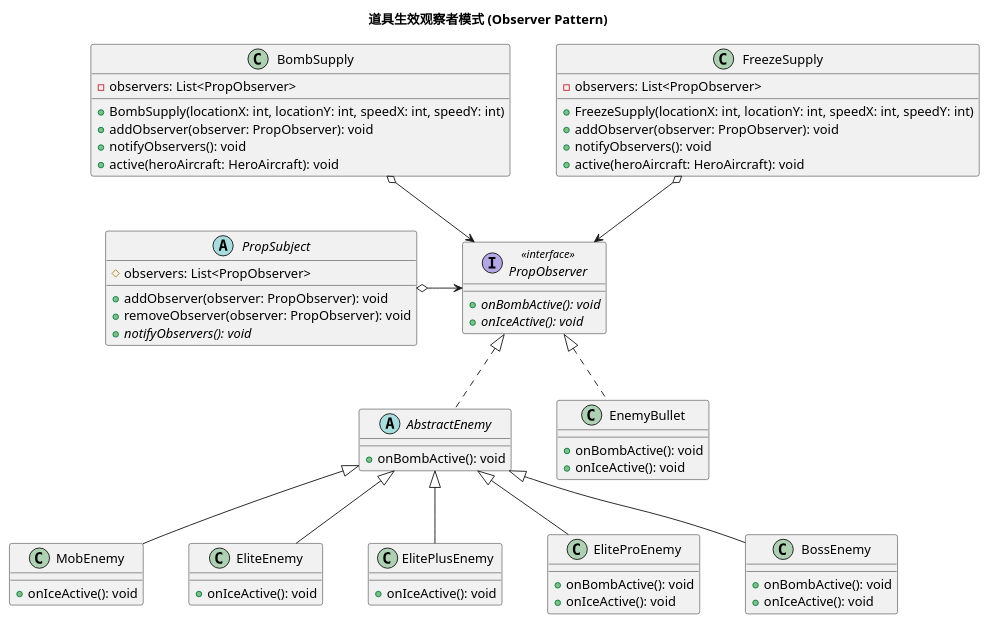
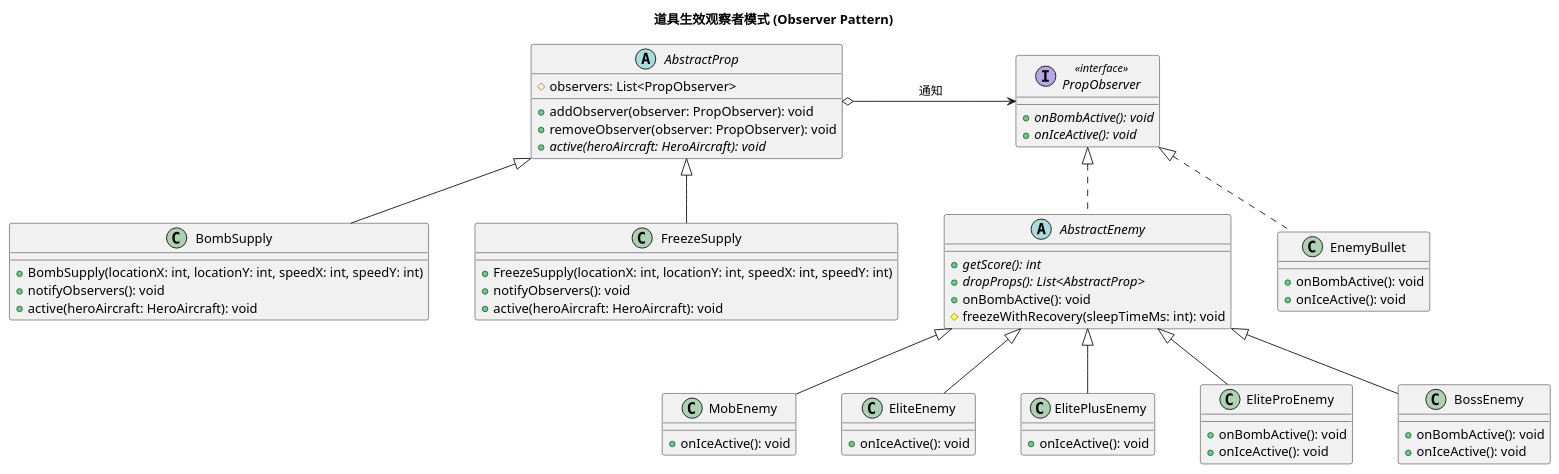
One commit to Leslie-1341/AircraftWar-base1.0 changed the diagram in uml/Observer Pattern.puml. Above: the diagram before and after it, drawn with PlantUML. The commit also changed 4 other files, not shown here.

Commit message:
根据修改后的代码更新了uml类图

```diff
--- a/uml/Observer Pattern.puml
+++ b/uml/Observer Pattern.puml
@@ -1,90 +1,92 @@
 @startuml
 title 道具生效观察者模式 (Observer Pattern)
 
 skinparam nodesep 50
 skinparam ranksep 60
 
 ' ================
 ' 1. 抽象观察者接口
 ' ================
 interface PropObserver <<interface>> {
     + {abstract} onBombActive(): void
     + {abstract} onIceActive(): void
 }
 
 ' =============
 ' 2. 观察者实现层
 ' =============
 abstract class AbstractEnemy {
-    ' 父类实现统一的炸弹响应逻辑
+    + {abstract} getScore(): int
+    + {abstract} dropProps(): List<AbstractProp>
     + onBombActive(): void
+    # freezeWithRecovery(sleepTimeMs: int): void
 }
 AbstractEnemy .up.|> PropObserver
 
 class MobEnemy {
     + onIceActive(): void
 }
 class EliteEnemy {
     + onIceActive(): void
 }
 class ElitePlusEnemy {
     + onIceActive(): void
 }
 class EliteProEnemy {
     + onBombActive(): void
     + onIceActive(): void
 }
 class BossEnemy {
     + onBombActive(): void
     + onIceActive(): void
 }
 class EnemyBullet {
     + onBombActive(): void
     + onIceActive(): void
 }
 
 MobEnemy -up-|> AbstractEnemy
 EliteEnemy -up-|> AbstractEnemy
 ElitePlusEnemy -up-|> AbstractEnemy
 EliteProEnemy -up-|> AbstractEnemy
 BossEnemy -up-|> AbstractEnemy
 
 ' 子弹不继承飞机，直接实现接口
 EnemyBullet .up.|> PropObserver
 
 ' =============
 ' 3. 抽象观察目标
 ' =============
-abstract class PropSubject {
+abstract class AbstractProp {
     # observers: List<PropObserver>
     + addObserver(observer: PropObserver): void
     + removeObserver(observer: PropObserver): void
-    + {abstract} notifyObservers(): void
+    + {abstract} active(heroAircraft: HeroAircraft): void
 }
 
 ' =============
 ' 4. 具体观察目标 
 ' =============
 class BombSupply {
-    - observers: List<PropObserver>
     + BombSupply(locationX: int, locationY: int, speedX: int, speedY: int)
-    + addObserver(observer: PropObserver): void
     + notifyObservers(): void
     + active(heroAircraft: HeroAircraft): void
 }
 
 class FreezeSupply {
-    - observers: List<PropObserver>
     + FreezeSupply(locationX: int, locationY: int, speedX: int, speedY: int)
-    + addObserver(observer: PropObserver): void
     + notifyObservers(): void
     + active(heroAircraft: HeroAircraft): void
 }
 
+BombSupply -up-|> AbstractProp
+FreezeSupply -up-|> AbstractProp
+
 ' ==========
-' 5. 依赖关系
+' 5. 依赖与聚合关系
 ' ==========
-PropSubject o-right-> PropObserver 
-BombSupply o--> PropObserver 
-FreezeSupply o--> PropObserver 
+AbstractProp o-right-> PropObserver : " 通知"
+
+' 注：PropSubject 类由于 Java 单继承限制，在当前架构中作为闲置或辅助类存在，
+' 实际的订阅-分发机制由 AbstractProp 及其子类接管，故 UML 核心链路以 AbstractProp 为准。
 @enduml
```
